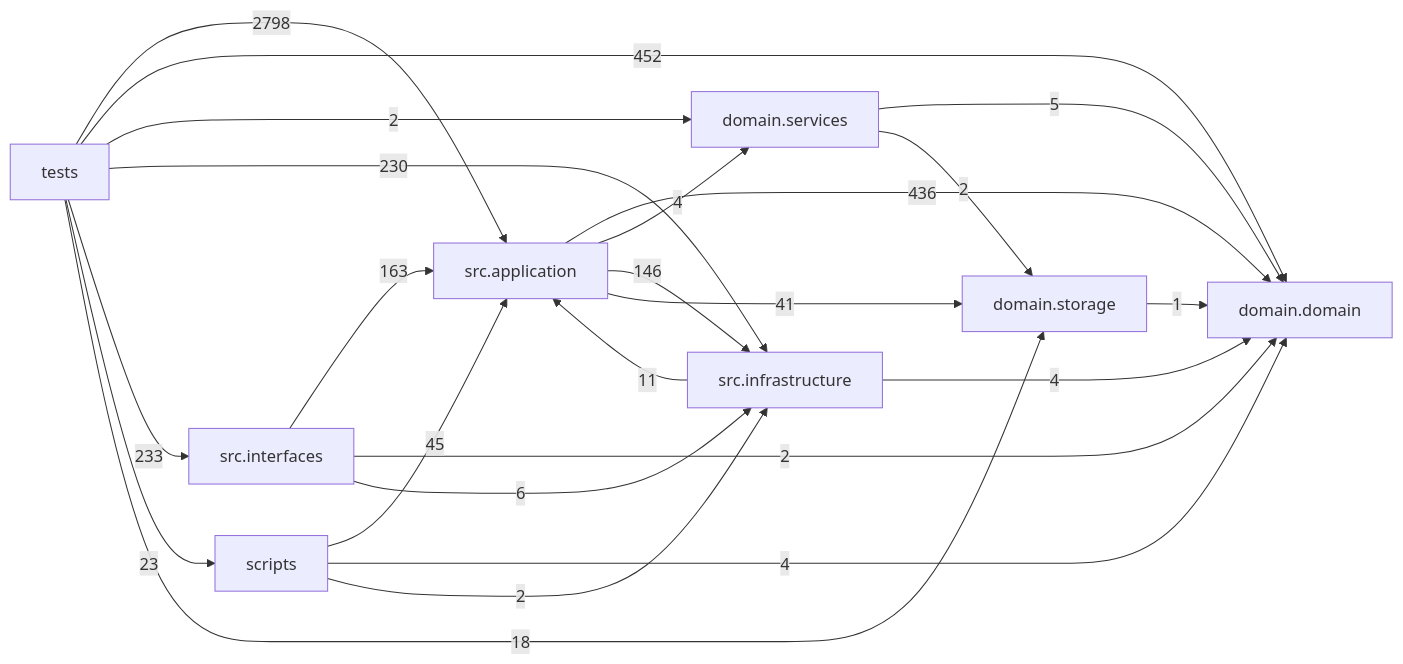
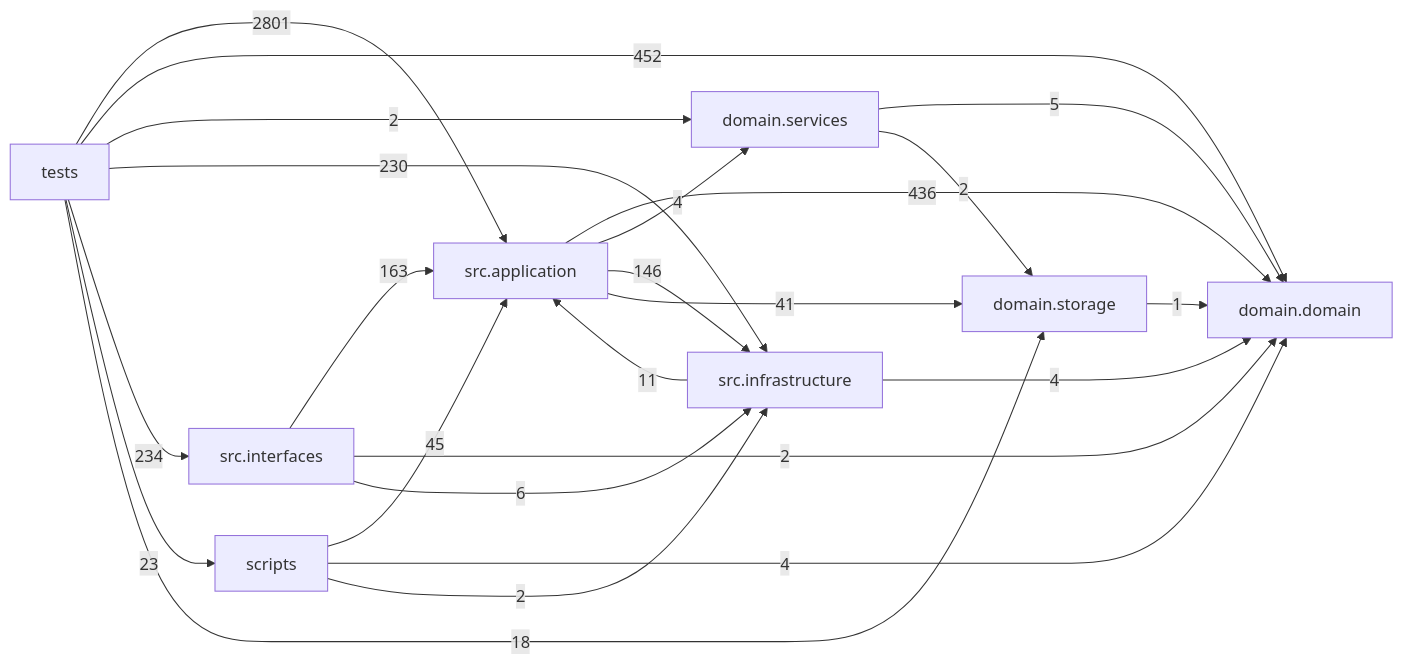
One commit to liuxie066/options-monitor changed the diagram in docs/DEPENDENCY_GRAPH.md. Above: the diagram before and after it, drawn with Mermaid. The commit also changed other lines of this file and 11 other files, not shown here.

````diff
--- a/docs/DEPENDENCY_GRAPH.md
+++ b/docs/DEPENDENCY_GRAPH.md
@@ -24,33 +24,33 @@
 ```mermaid
 flowchart LR
   tests["tests"]
   scripts["scripts"]
   interfaces["src.interfaces"]
   application["src.application"]
   infrastructure["src.infrastructure"]
   domain_services["domain.services"]
   domain["domain.domain"]
   storage["domain.storage"]
   application -->|436| domain
   application -->|4| domain_services
   application -->|146| infrastructure
   application -->|41| storage
   domain_services -->|5| domain
   domain_services -->|2| storage
   infrastructure -->|11| application
   infrastructure -->|4| domain
   interfaces -->|163| application
   interfaces -->|2| domain
   interfaces -->|6| infrastructure
   scripts -->|45| application
   scripts -->|4| domain
   scripts -->|2| infrastructure
   storage -->|1| domain
-  tests -->|2798| application
+  tests -->|2801| application
   tests -->|452| domain
   tests -->|2| domain_services
   tests -->|230| infrastructure
-  tests -->|233| interfaces
+  tests -->|234| interfaces
   tests -->|23| scripts
   tests -->|18| storage
 ```
````
